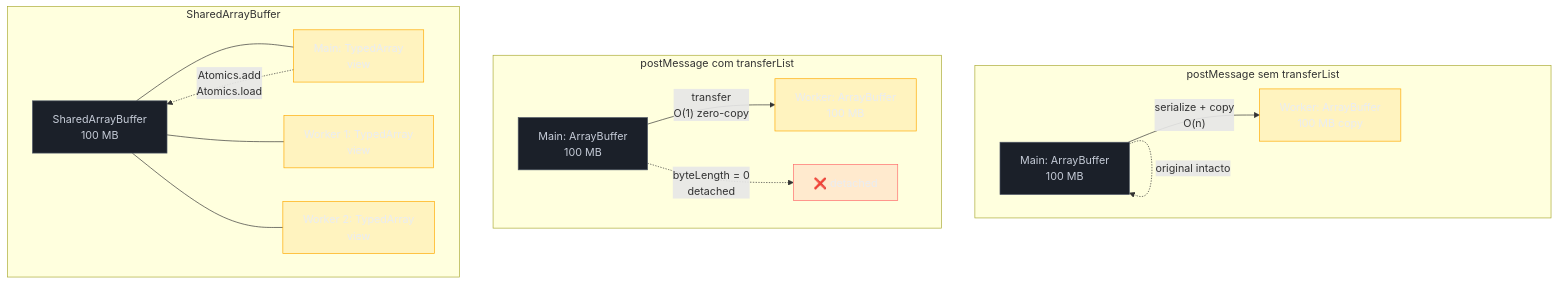
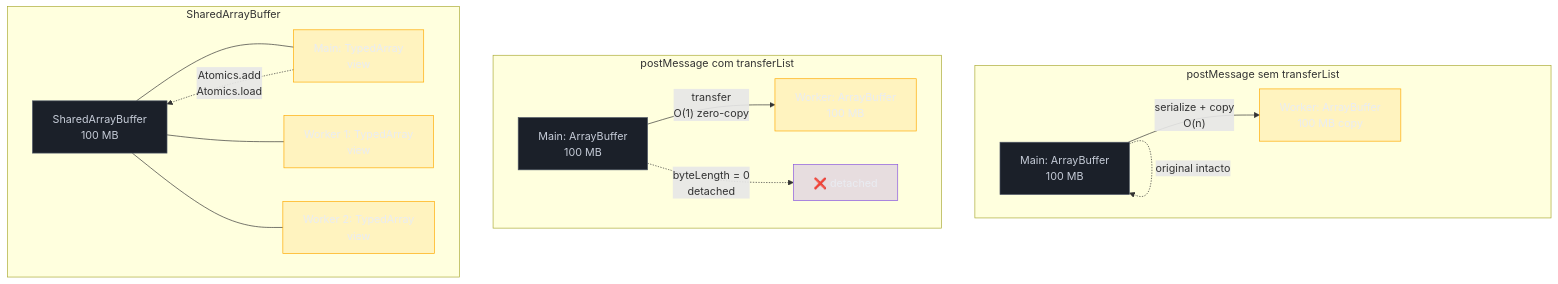
The diagram in 03-Dominios/Tecnologia/Node/Paralelismo/05 - Memória compartilhada - SharedArrayBuffer e Atomics.md (josenaldo/codex-technomanticus), drawn with Mermaid before and after one commit. The commit also changed 601 other files, not shown here.

````diff
--- a/03-Dominios/Tecnologia/Node/Paralelismo/05 - Memória compartilhada - SharedArrayBuffer e Atomics.md
+++ b/03-Dominios/Tecnologia/Node/Paralelismo/05 - Memória compartilhada - SharedArrayBuffer e Atomics.md
@@ -123,32 +123,32 @@
 ```mermaid
 graph TD
+    classDef marca fill:#8855DF33,stroke:#8855DF,color:#E9ECF2
     classDef neutro fill:#1B2029,stroke:#4E5666,color:#C6CCD8
     classDef destaque fill:#FFAA0024,stroke:#FFAA00,color:#E9ECF2
-    classDef falha fill:#FF6B6B24,stroke:#FF6B6B,color:#E9ECF2
     subgraph "postMessage sem transferList"
         MA1[Main: ArrayBuffer\n100 MB] -->|"serialize + copy\nO(n)"| WA1[Worker: ArrayBuffer\n100 MB copy]
         MA1 -.->|"original intacto"| MA1
     end
 
     subgraph "postMessage com transferList"
         MA2[Main: ArrayBuffer\n100 MB] -->|"transfer\nO(1) zero-copy"| WA2[Worker: ArrayBuffer\n100 MB]
         MA2 -.->|"byteLength = 0\ndetached"| DETACH[❌ detached]
     end
 
     subgraph "SharedArrayBuffer"
         SAB[SharedArrayBuffer\n100 MB] --- VMT[Main: TypedArray\nview]
         SAB --- VW1[Worker 1: TypedArray\nview]
         SAB --- VW2[Worker 2: TypedArray\nview]
         VMT -.->|"Atomics.add\nAtomics.load"| SAB
     end
 
     class MA1 neutro
     class MA2 neutro
     class SAB neutro
     class WA1 destaque
     class WA2 destaque
     class VMT destaque
     class VW1 destaque
     class VW2 destaque
-    class DETACH falha
+    class DETACH marca
 ```
````
